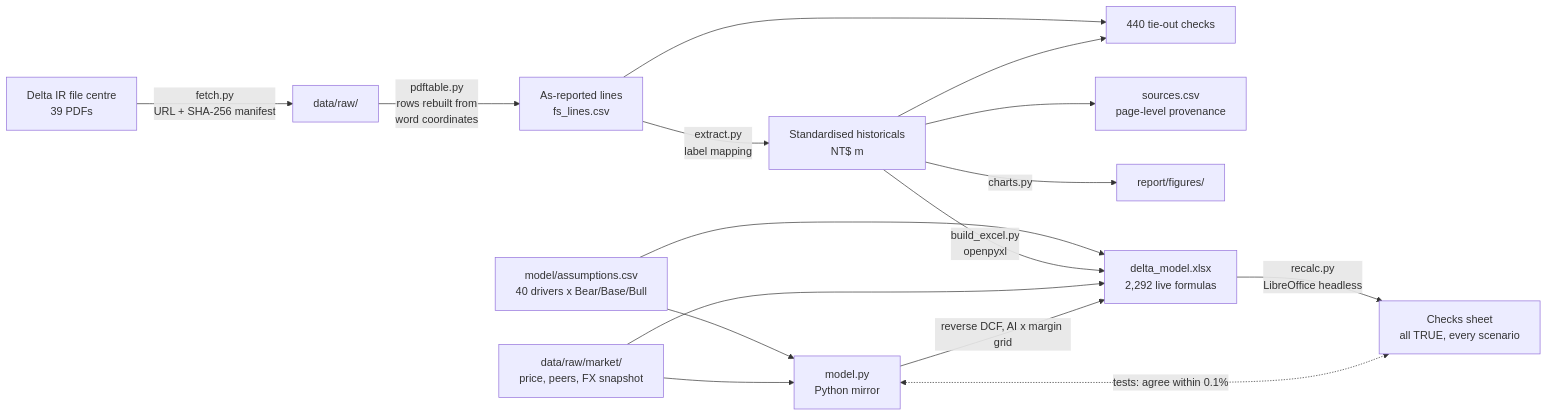
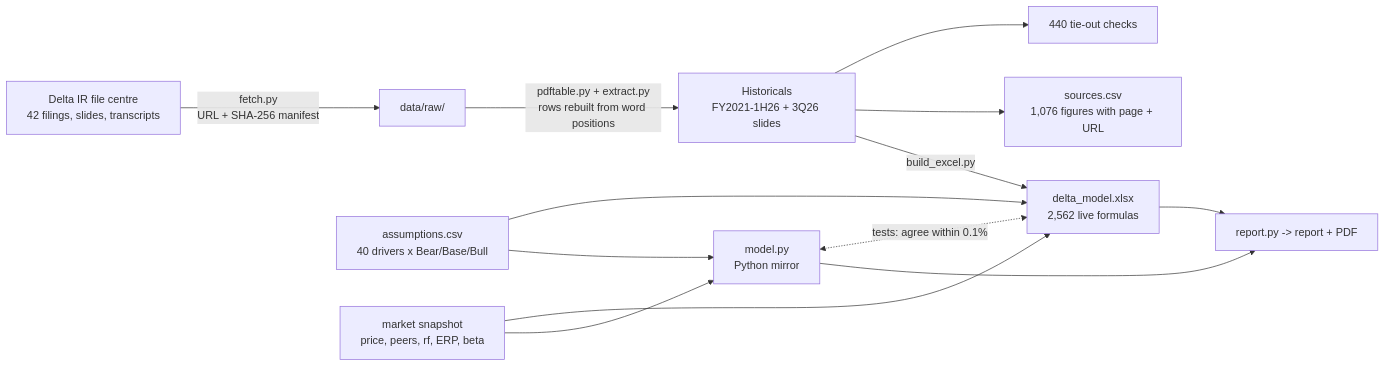
One commit to Anou-shka/delta-volts changed the diagram in README.md. Above: the diagram before and after it, drawn with Mermaid. The commit also changed other lines of this file and 15 other files, not shown here.

First line of the commit message:
M6: PDF report, defence sheet, case study, final README

````diff
--- a/README.md
+++ b/README.md
@@ -160,18 +74,15 @@
 ```mermaid
 flowchart LR
-    A[Delta IR file centre<br/>39 PDFs] -->|fetch.py<br/>URL + SHA-256 manifest| B[data/raw/]
-    B -->|pdftable.py<br/>rows rebuilt from<br/>word coordinates| C[As-reported lines<br/>fs_lines.csv]
-    C -->|extract.py<br/>label mapping| D[Standardised historicals<br/>NT$ m]
-    C --> E[440 tie-out checks]
-    D --> E
-    D --> F[sources.csv<br/>page-level provenance]
-    D -->|charts.py| G[report/figures/]
-    K[model/assumptions.csv<br/>40 drivers x Bear/Base/Bull] --> H
-    D -->|build_excel.py<br/>openpyxl| H[delta_model.xlsx<br/>2,292 live formulas]
-    H -->|recalc.py<br/>LibreOffice headless| I[Checks sheet<br/>all TRUE, every scenario]
-    L[data/raw/market/<br/>price, peers, FX snapshot] --> H
+    A[Delta IR file centre<br/>42 filings, slides, transcripts] -->|fetch.py<br/>URL + SHA-256 manifest| B[data/raw/]
+    B -->|pdftable.py + extract.py<br/>rows rebuilt from word positions| D[Historicals<br/>FY2021-1H26 + 3Q26 slides]
+    D --> E[440 tie-out checks]
+    D --> F[sources.csv<br/>1,076 figures with page + URL]
+    K[assumptions.csv<br/>40 drivers x Bear/Base/Bull] --> H
+    L[market snapshot<br/>price, peers, rf, ERP, beta] --> H
+    D -->|build_excel.py| H[delta_model.xlsx<br/>2,562 live formulas]
     K --> M[model.py<br/>Python mirror]
     L --> M
-    M -->|reverse DCF, AI x margin grid| H
-    M <-.->|tests: agree within 0.1%| I
+    M <-.->|tests: agree within 0.1%| H
+    M --> R[report.py -> report + PDF]
+    H --> R
 ```
````
